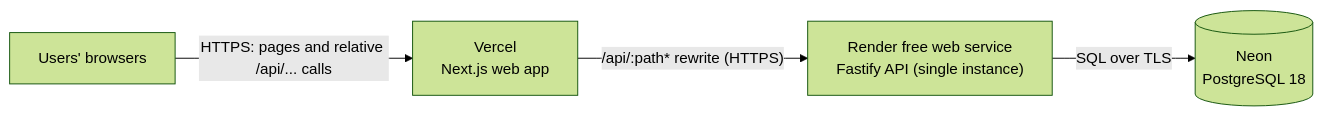
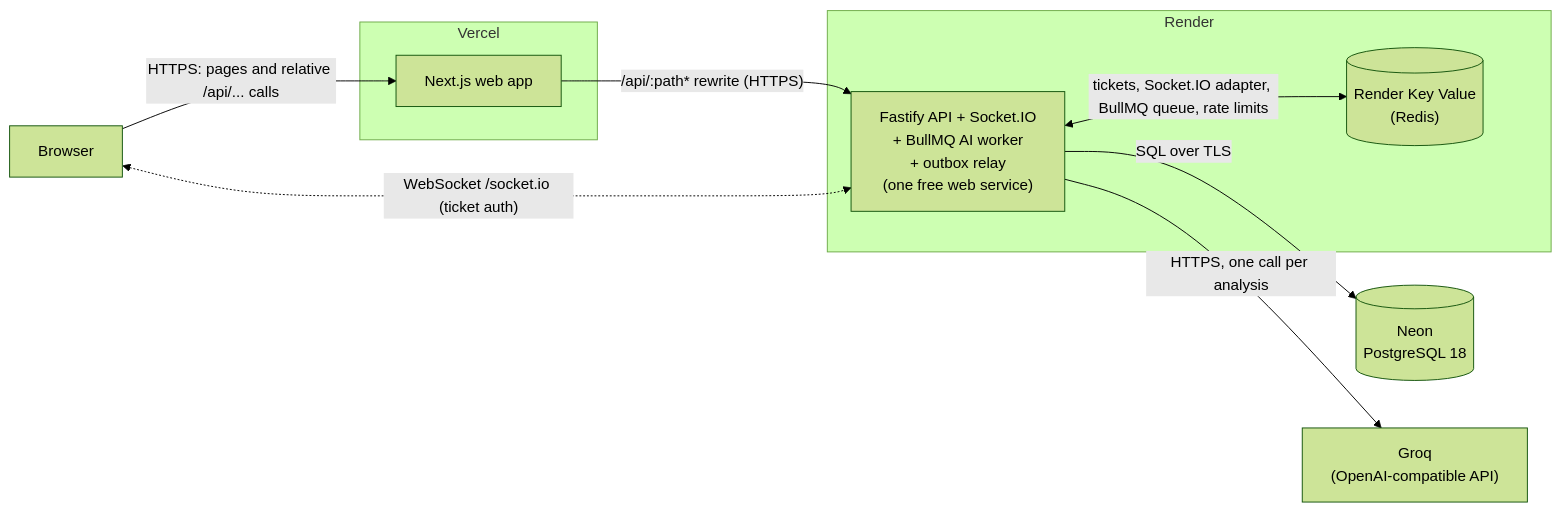
One commit to man-singh-dev/diffCraft changed the seventh of 8 diagrams in docs/architecture.md. Above: the diagram before and after it, drawn with Mermaid (forest theme). The commit also changed other lines of this file and 34 other files, not shown here.

````diff
--- a/docs/architecture.md
+++ b/docs/architecture.md
@@ -488,11 +490,23 @@
 ```mermaid
 flowchart LR
-    U["Users' browsers"]
-    WEB["Vercel<br/>Next.js web app"]
-    API["Render free web service<br/>Fastify API (single instance)"]
+    B["Browser"]
+
+    subgraph Vercel
+        WEB["Next.js web app"]
+    end
+
+    subgraph Render
+        API["Fastify API + Socket.IO<br/>+ BullMQ AI worker<br/>+ outbox relay<br/>(one free web service)"]
+        KV[("Render Key Value<br/>(Redis)")]
+    end
+
     PG[("Neon<br/>PostgreSQL 18")]
+    LLM["Groq<br/>(OpenAI-compatible API)"]
 
-    U -- "HTTPS: pages and relative /api/... calls" --> WEB
+    B -- "HTTPS: pages and relative /api/... calls" --> WEB
     WEB -- "/api/:path* rewrite (HTTPS)" --> API
+    B <-. "WebSocket /socket.io (ticket auth)" .-> API
     API -- "SQL over TLS" --> PG
+    API <-- "tickets, Socket.IO adapter, BullMQ queue, rate limits" --> KV
+    API -- "HTTPS, one call per analysis" --> LLM
 ```
````
